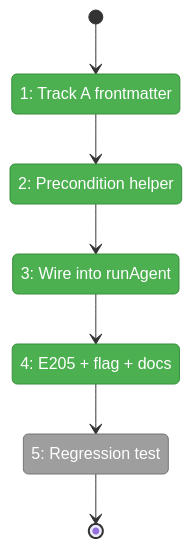
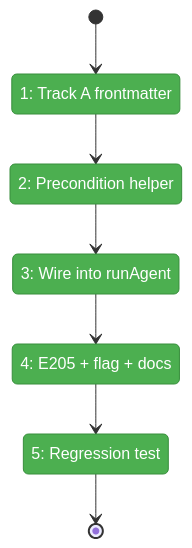
Before and after one commit to AI-Substrate/minih: the first of 2 diagrams in docs/plans/018-agent-permissions/fixes/FX008-coordination-write-precondition.fltplan.md, drawn with Mermaid. The commit also changed other lines of this file and 5 other files, not shown here.

````diff
--- a/docs/plans/018-agent-permissions/fixes/FX008-coordination-write-precondition.fltplan.md
+++ b/docs/plans/018-agent-permissions/fixes/FX008-coordination-write-precondition.fltplan.md
@@ -40,23 +40,22 @@
 ```mermaid
 stateDiagram-v2
     classDef pending fill:#9E9E9E,stroke:#757575,color:#fff
     classDef active fill:#FFC107,stroke:#FFA000,color:#000
     classDef done fill:#4CAF50,stroke:#388E3C,color:#fff
     classDef blocked fill:#F44336,stroke:#D32F2F,color:#fff
 
     state "1: Track A frontmatter" as S1
     state "2: Precondition helper" as S2
     state "3: Wire into runAgent" as S3
     state "4: E205 + flag + docs" as S4
     state "5: Regression test" as S5
 
     [*] --> S1
     S1 --> S2
     S2 --> S3
     S3 --> S4
     S4 --> S5
     S5 --> [*]
 
-    class S5 pending
-    class S1,S2,S3,S4 done
+    class S1,S2,S3,S4,S5 done
 ```
````
